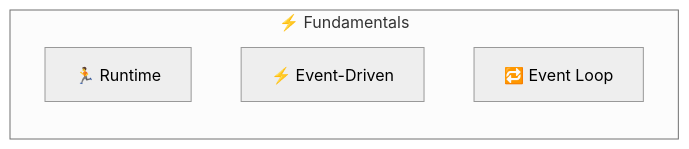
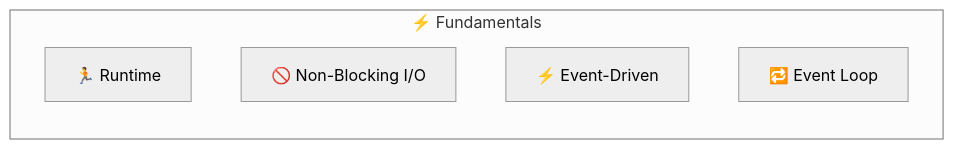
One commit to kelvin-bz/blog changed the first of 15 diagrams in _posts/2024-07-17-nodejs-fundemental.md. Above: the diagram before and after it, drawn with Mermaid (neutral theme). The commit also changed other lines of this file and 3 other files, not shown here.

````diff
--- a/_posts/2024-07-17-nodejs-fundemental.md
+++ b/_posts/2024-07-17-nodejs-fundemental.md
@@ -13,8 +30,9 @@
 ```mermaid
 graph LR
 subgraph Fundamentals["⚡ Fundamentals"]
     runtime["🏃 Runtime"]
+    nonblocking["🚫 Non-Blocking I/O"]
     eventdriven["⚡ Event-Driven"]
     eventloop["🔁 Event Loop"]
 end
 ```
````
